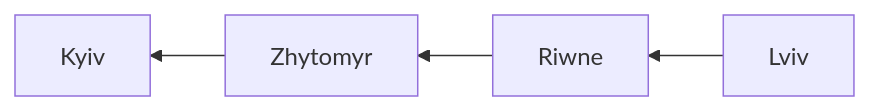
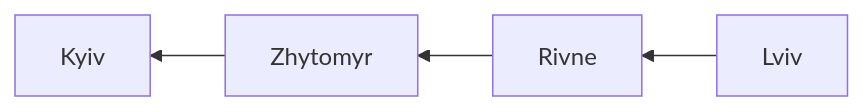
One commit to drewg3r/trout changed the fourth of 8 diagrams in docs/docs/technical-design/models.md. Above: the diagram before and after it, drawn with Mermaid. The commit also changed other lines of this file, not shown here.

````diff
--- a/docs/docs/technical-design/models.md
+++ b/docs/docs/technical-design/models.md
@@ -106,7 +107,7 @@
 ```mermaid
 flowchart RL
 
-	Lviv --> Riwne
-	Riwne --> Zhytomyr
+	Lviv --> Rivne
+	Rivne --> Zhytomyr
 	Zhytomyr --> Kyiv
 ```
````
